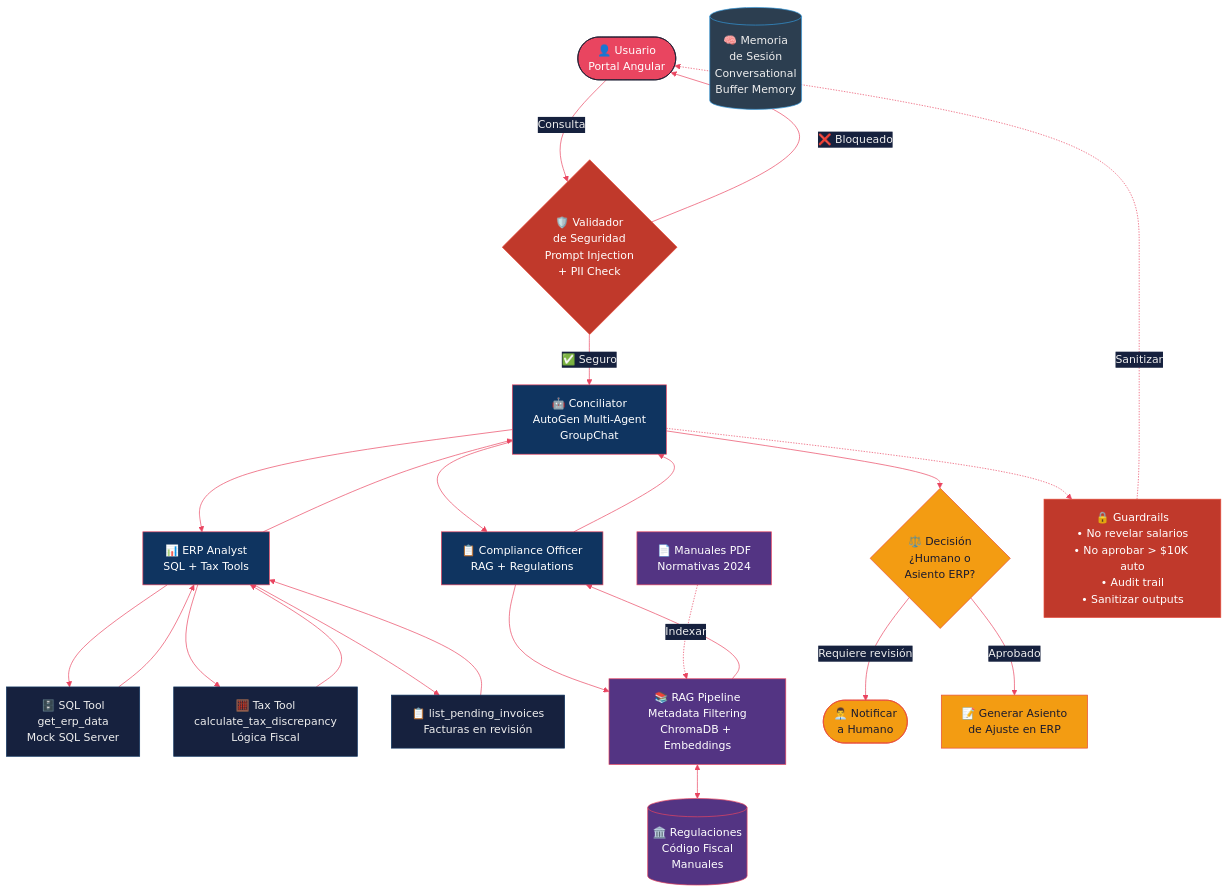
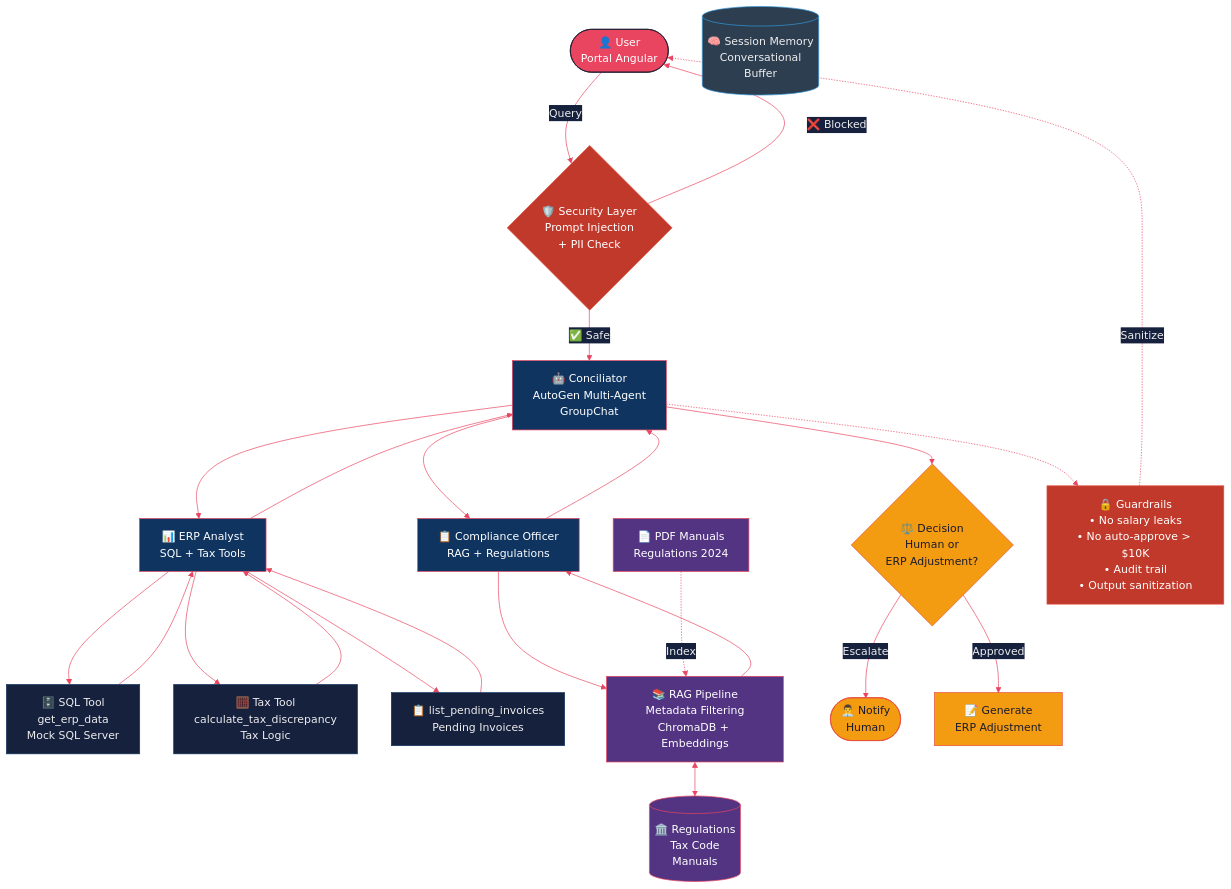
Before and after one commit to pxlcrtiv/castor-ai-senior-backend: the diagram in docs/diagrams/architecture.mmd, drawn with Mermaid.

Commit message:
docs: translate architecture diagram to English

```diff
--- a/docs/diagrams/architecture.mmd
+++ b/docs/diagrams/architecture.mmd
@@ -1,81 +1,81 @@
 %%{init: {'theme': 'base', 'themeVariables': {'primaryColor': '#1a1a2e', 'primaryTextColor': '#eee', 'primaryBorderColor': '#e94560', 'lineColor': '#e94560', 'secondaryColor': '#16213e', 'tertiaryColor': '#0f3460'}}}%%
 
 flowchart TD
     %% User Layer
-    USER([👤 Usuario<br/>Portal Angular])
-    VALIDATOR{🛡️ Validador<br/>de Seguridad<br/>Prompt Injection<br/>+ PII Check}
+    USER([👤 User<br/>Portal Angular])
+    VALIDATOR{🛡️ Security Layer<br/>Prompt Injection<br/>+ PII Check}
 
     %% Agent Layer
     ORCHESTRATOR[🤖 Conciliator<br/>AutoGen Multi-Agent<br/>GroupChat]
     ERP_AGENT[📊 ERP Analyst<br/>SQL + Tax Tools]
     COMPLIANCE[📋 Compliance Officer<br/>RAG + Regulations]
 
     %% Tools Layer
     ERP[🗄️ SQL Tool<br/>get_erp_data<br/>Mock SQL Server]
-    TAX[🧮 Tax Tool<br/>calculate_tax_discrepancy<br/>Lógica Fiscal]
-    PENDING[📋 list_pending_invoices<br/>Facturas en revisión]
+    TAX[🧮 Tax Tool<br/>calculate_tax_discrepancy<br/>Tax Logic]
+    PENDING[📋 list_pending_invoices<br/>Pending Invoices]
 
     %% RAG Layer
     RAG[📚 RAG Pipeline<br/>Metadata Filtering<br/>ChromaDB + Embeddings]
-    PDFS[📄 Manuales PDF<br/>Normativas 2024]
-    REGS[(🏛️ Regulaciones<br/>Código Fiscal<br/>Manuales)]
+    PDFS[📄 PDF Manuals<br/>Regulations 2024]
+    REGS[(🏛️ Regulations<br/>Tax Code<br/>Manuals)]
 
     %% Decision Layer
-    DECISION{⚖️ Decisión<br/>¿Humano o<br/>Asiento ERP?}
-    HUMAN([👨‍💼 Notificar<br/>a Humano])
-    ERP_ACTION[📝 Generar Asiento<br/>de Ajuste en ERP]
+    DECISION{⚖️ Decision<br/>Human or<br/>ERP Adjustment?}
+    HUMAN([👨‍💼 Notify<br/>Human])
+    ERP_ACTION[📝 Generate<br/>ERP Adjustment]
 
     %% Memory
-    MEMORY[(🧠 Memoria<br/>de Sesión<br/>Conversational<br/>Buffer Memory)]
+    MEMORY[(🧠 Session Memory<br/>Conversational<br/>Buffer)]
 
     %% Guardrails
-    GUARDRAILS[🔒 Guardrails<br/>• No revelar salarios<br/>• No aprobar > $10K auto<br/>• Audit trail<br/>• Sanitizar outputs]
+    GUARDRAILS[🔒 Guardrails<br/>• No salary leaks<br/>• No auto-approve > $10K<br/>• Audit trail<br/>• Output sanitization]
 
     %% Flow
-    USER -->|Consulta| VALIDATOR
-    VALIDATOR -->|✅ Seguro| ORCHESTRATOR
-    VALIDATOR -->|❌ Bloqueado| USER
+    USER -->|Query| VALIDATOR
+    VALIDATOR -->|✅ Safe| ORCHESTRATOR
+    VALIDATOR -->|❌ Blocked| USER
 
     ORCHESTRATOR --> ERP_AGENT
     ORCHESTRATOR --> COMPLIANCE
 
     ERP_AGENT --> ERP
     ERP_AGENT --> TAX
     ERP_AGENT --> PENDING
 
     COMPLIANCE --> RAG
 
     RAG <--> REGS
-    PDFS -.->|Indexar| RAG
+    PDFS -.->|Index| RAG
 
     ERP --> ERP_AGENT
     TAX --> ERP_AGENT
     PENDING --> ERP_AGENT
     RAG --> COMPLIANCE
 
     ERP_AGENT --> ORCHESTRATOR
     COMPLIANCE --> ORCHESTRATOR
 
     ORCHESTRATOR --> DECISION
-    DECISION -->|Requiere revisión| HUMAN
-    DECISION -->|Aprobado| ERP_ACTION
+    DECISION -->|Escalate| HUMAN
+    DECISION -->|Approved| ERP_ACTION
 
     ORCHESTRATOR -.-> GUARDRAILS
-    GUARDRAILS -.->|Sanitizar| USER
+    GUARDRAILS -.->|Sanitize| USER
 
     %% Styling
     classDef userStyle fill:#e94560,stroke:#1a1a2e,color:#fff
     classDef agentStyle fill:#0f3460,stroke:#e94560,color:#fff
     classDef toolStyle fill:#16213e,stroke:#0f3460,color:#eee
     classDef ragStyle fill:#533483,stroke:#e94560,color:#fff
     classDef decisionStyle fill:#f39c12,stroke:#e74c3c,color:#1a1a2e
     classDef securityStyle fill:#c0392b,stroke:#e74c3c,color:#fff
     classDef memoryStyle fill:#2c3e50,stroke:#3498db,color:#eee
 
     class USER userStyle
     class ORCHESTRATOR,ERP_AGENT,COMPLIANCE agentStyle
     class ERP,TAX,PENDING toolStyle
     class RAG,PDFS,REGS ragStyle
     class DECISION,HUMAN,ERP_ACTION decisionStyle
     class VALIDATOR,GUARDRAILS securityStyle
     class MEMORY memoryStyle
```
